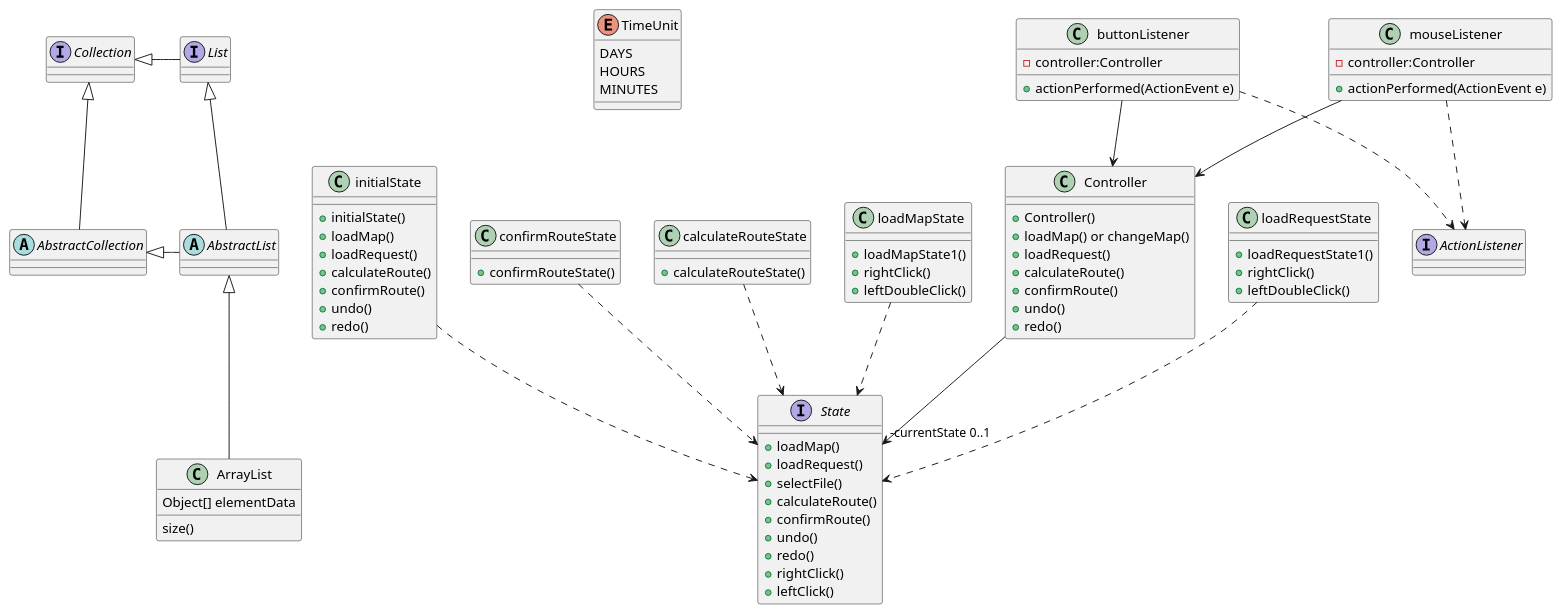
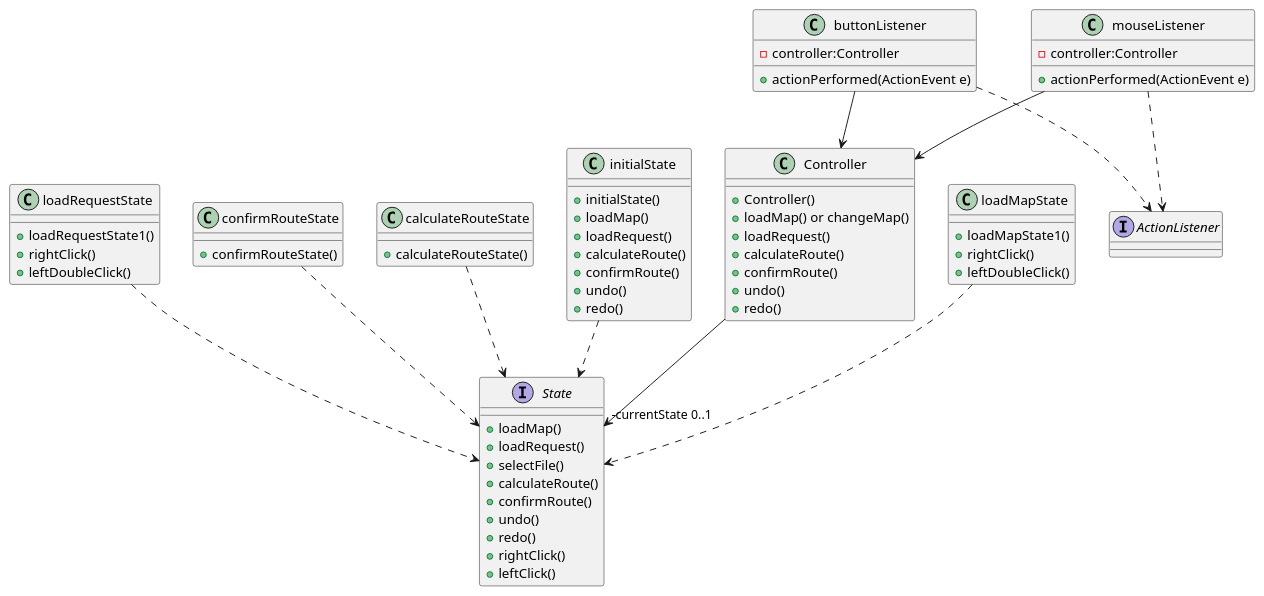
One commit to Karlenkko/Agile-OnErrand changed the diagram in src/documentation/ClassDiagram.puml. Above: the diagram before and after it, drawn with PlantUML. The commit also changed 6 other files, not shown here.

```diff
--- a/src/documentation/ClassDiagram.puml
+++ b/src/documentation/ClassDiagram.puml
@@ -1,124 +1,101 @@
 @startuml
-
-abstract class AbstractList
-abstract AbstractCollection
-interface List
-interface Collection
-
-List <|-- AbstractList
-Collection <|-- AbstractCollection
-
-Collection <|- List
-AbstractCollection <|- AbstractList
-AbstractList <|-- ArrayList
-
-class ArrayList {
-Object[] elementData
-size()
-}
-
-enum TimeUnit {
-DAYS
-HOURS
-MINUTES
-}
 
 'Pour l'IHM
 
 class Controller{
 + Controller()
 + loadMap() or changeMap()
 + loadRequest()
 '+ addRequest()
 '+ deleteRequest()
 +calculateRoute()
 + confirmRoute()
 + undo()
 + redo()
 '+ zoomIn()
 '+ zoomOut()
 }
 
 Controller --> "-currentState 0..1"State
 
 interface State{
 + loadMap()
 + loadRequest()
 + selectFile()
 + calculateRoute()
 + confirmRoute()
 + undo()
 + redo()
 'addRequest()
 'deleteRequest()
 'zoomIn()
 'zoomOut()
 + rightClick()
 + leftClick()
 ' leftClick for cancel???
 }
 
 initialState ..> State
 loadMapState ..> State
 loadRequestState ..> State
 confirmRouteState ..> State
 calculateRouteState ..> State
 
 class initialState{
 + initialState()
 + loadMap()
 + loadRequest()
 + calculateRoute()
 + confirmRoute()
 + undo()
 + redo()
 'addRequest()
 'deleteRequest()
 'zoomIn()
 'zoomOut()
 }
 
 class loadMapState{
 + loadMapState1()
 'to cancel
 + rightClick()
 'to select
 + leftDoubleClick()
 }
 
 class loadRequestState{
 + loadRequestState1()
 'to cancel
 + rightClick()
 'to select
 + leftDoubleClick()
 }
 
 class calculateRouteState{
 + calculateRouteState()
 }
 
 class confirmRouteState{
 + confirmRouteState()
 }
 
 interface ActionListener{}
 
 buttonListener ..> ActionListener
 buttonListener --> Controller
 mouseListener ..> ActionListener
 mouseListener --> Controller
 
 class buttonListener{
 - controller:Controller
 + actionPerformed(ActionEvent e)
 }
 
 class mouseListener{
 - controller:Controller
 + actionPerformed(ActionEvent e)
 }
 
 
 
 @enduml
```
